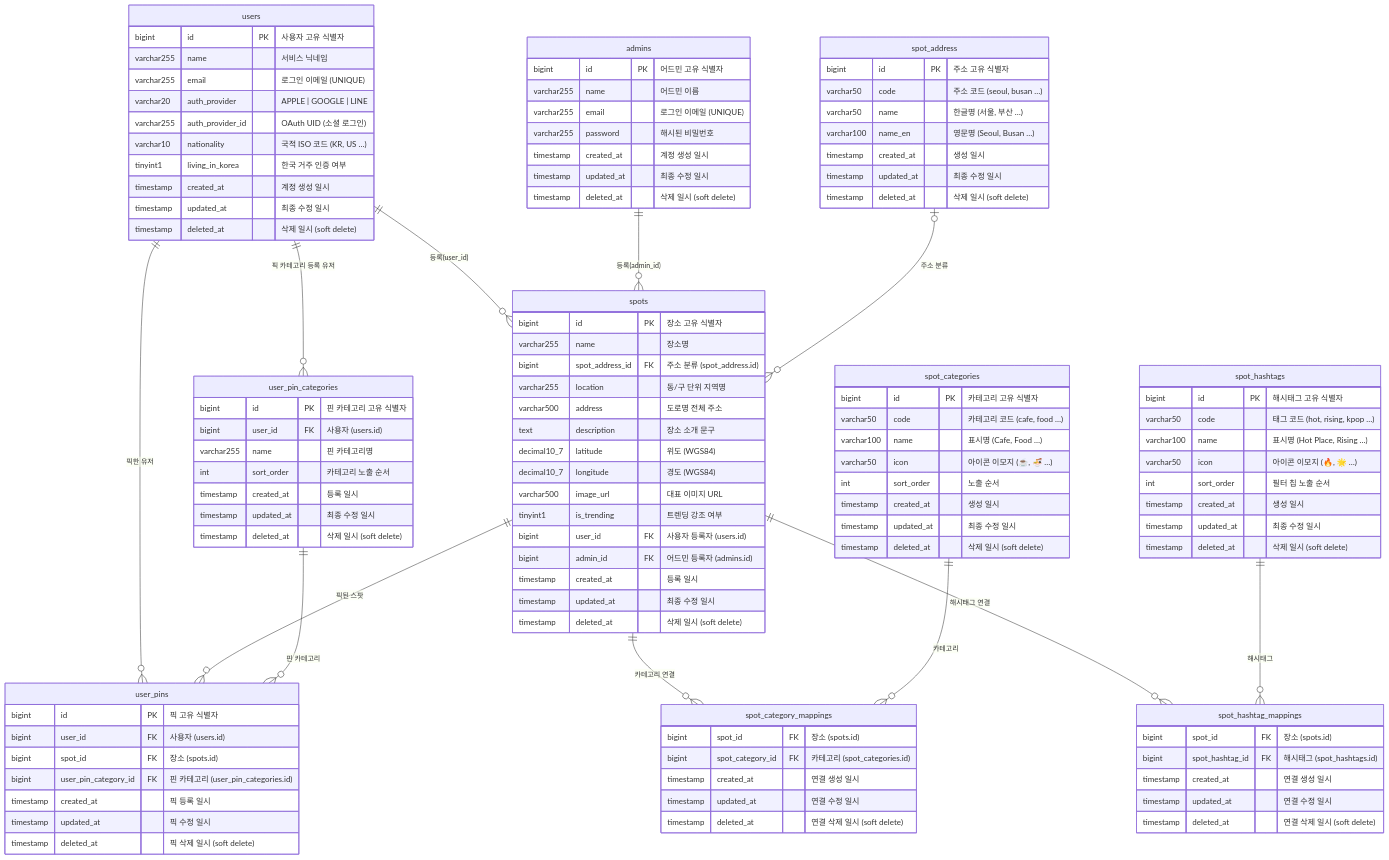
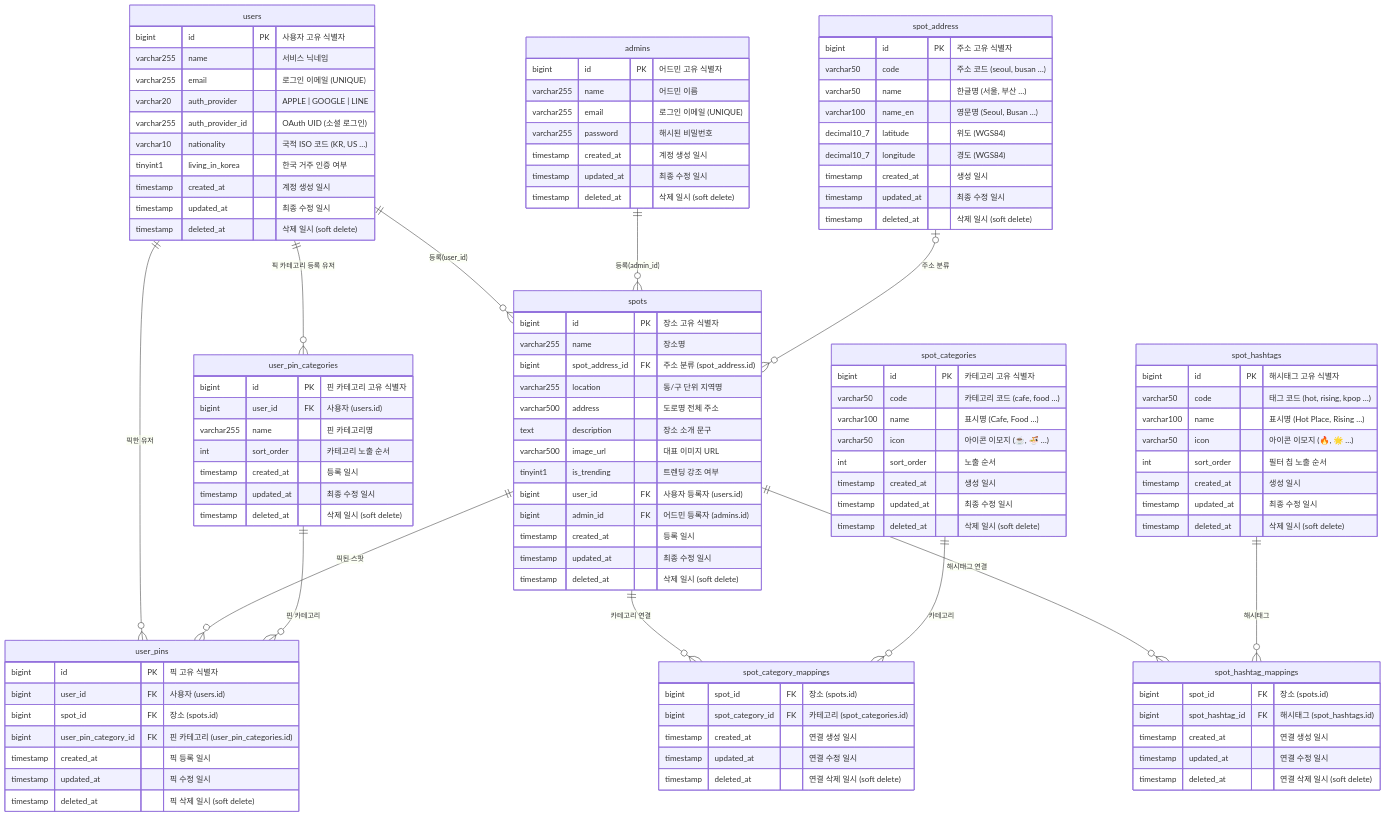
One commit to picko-labs/picko-api changed the diagram in src/main/resources/db/ddl/schema-erd.mmd. Above: the diagram before and after it, drawn with Mermaid.

Commit message:
schema-erd.mmd / spots , spot_address 엔티티 수정
위도, 경도 컬럼 테이블 이동
- spots -> spot_address 엔티티로 변경

spots 테이블 질문
- location(동/구 단위 지역명)컬럼 역할 확정 필요해보임
- 어떤 데이터를 담고 사용할 것인지 협의 필요

```diff
--- a/src/main/resources/db/ddl/schema-erd.mmd
+++ b/src/main/resources/db/ddl/schema-erd.mmd
@@ -1,137 +1,137 @@
 erDiagram
 
     users {
         bigint      id               PK  "사용자 고유 식별자"
         varchar255  name                 "서비스 닉네임"
         varchar255  email                "로그인 이메일 (UNIQUE)"
         varchar20   auth_provider        "APPLE | GOOGLE | LINE"
         varchar255  auth_provider_id     "OAuth UID (소셜 로그인)"
         varchar10   nationality          "국적 ISO 코드 (KR, US …)"
         tinyint1    living_in_korea      "한국 거주 인증 여부"
         timestamp   created_at           "계정 생성 일시"
         timestamp   updated_at           "최종 수정 일시"
         timestamp   deleted_at           "삭제 일시 (soft delete)"
     }
 
     admins {
         bigint      id          PK  "어드민 고유 식별자"
         varchar255  name            "어드민 이름"
         varchar255  email           "로그인 이메일 (UNIQUE)"
         varchar255  password        "해시된 비밀번호"
         timestamp   created_at      "계정 생성 일시"
         timestamp   updated_at      "최종 수정 일시"
         timestamp   deleted_at      "삭제 일시 (soft delete)"
     }
 
     spot_address {
         bigint      id          PK  "주소 고유 식별자"
         varchar50   code            "주소 코드 (seoul, busan …)"
         varchar50   name            "한글명 (서울, 부산 …)"
         varchar100  name_en         "영문명 (Seoul, Busan …)"
+        decimal10_7 latitude        "위도 (WGS84)"
+        decimal10_7 longitude       "경도 (WGS84)"
         timestamp   created_at      "생성 일시"
         timestamp   updated_at      "최종 수정 일시"
         timestamp   deleted_at      "삭제 일시 (soft delete)"
     }
 
     spot_categories {
         bigint      id          PK  "카테고리 고유 식별자"
         varchar50   code            "카테고리 코드 (cafe, food …)"
         varchar100  name            "표시명 (Cafe, Food …)"
         varchar50   icon            "아이콘 이모지 (☕, 🍜 …)"
         int         sort_order      "노출 순서"
         timestamp   created_at      "생성 일시"
         timestamp   updated_at      "최종 수정 일시"
         timestamp   deleted_at      "삭제 일시 (soft delete)"
     }
 
     spots {
         bigint      id              PK  "장소 고유 식별자"
         varchar255  name                "장소명"
         bigint      spot_address_id FK  "주소 분류 (spot_address.id)"
         varchar255  location            "동/구 단위 지역명"
         varchar500  address             "도로명 전체 주소"
         text        description         "장소 소개 문구"
-        decimal10_7 latitude            "위도 (WGS84)"
-        decimal10_7 longitude           "경도 (WGS84)"
         varchar500  image_url           "대표 이미지 URL"
         tinyint1    is_trending         "트렌딩 강조 여부"
         bigint      user_id         FK  "사용자 등록자 (users.id)"
         bigint      admin_id        FK  "어드민 등록자 (admins.id)"
         timestamp   created_at          "등록 일시"
         timestamp   updated_at          "최종 수정 일시"
         timestamp   deleted_at          "삭제 일시 (soft delete)"
     }
 
     spot_category_mappings {
         bigint      spot_id          FK  "장소 (spots.id)"
         bigint      spot_category_id FK  "카테고리 (spot_categories.id)"
         timestamp   created_at           "연결 생성 일시"
         timestamp   updated_at           "연결 수정 일시"
         timestamp   deleted_at           "연결 삭제 일시 (soft delete)"
     }
 
     user_pin_categories {
         bigint      id         PK  "핀 카테고리 고유 식별자"
         bigint      user_id    FK  "사용자 (users.id)"
         varchar255  name           "핀 카테고리명"
         int         sort_order     "카테고리 노출 순서"
         timestamp   created_at     "등록 일시"
         timestamp   updated_at     "최종 수정 일시"
         timestamp   deleted_at     "삭제 일시 (soft delete)"
     }
 
     user_pins {
         bigint      id                   PK  "픽 고유 식별자"
         bigint      user_id              FK  "사용자 (users.id)"
         bigint      spot_id              FK  "장소 (spots.id)"
         bigint      user_pin_category_id FK  "핀 카테고리 (user_pin_categories.id)"
         timestamp   created_at               "픽 등록 일시"
         timestamp   updated_at               "픽 수정 일시"
         timestamp   deleted_at               "픽 삭제 일시 (soft delete)"
     }
 
     spot_hashtags {
         bigint      id          PK  "해시태그 고유 식별자"
         varchar50   code            "태그 코드 (hot, rising, kpop …)"
         varchar100  name            "표시명 (Hot Place, Rising …)"
         varchar50   icon            "아이콘 이모지 (🔥, 🌟 …)"
         int         sort_order      "필터 칩 노출 순서"
         timestamp   created_at      "생성 일시"
         timestamp   updated_at      "최종 수정 일시"
         timestamp   deleted_at      "삭제 일시 (soft delete)"
     }
 
     spot_hashtag_mappings {
         bigint      spot_id         FK  "장소 (spots.id)"
         bigint      spot_hashtag_id FK  "해시태그 (spot_hashtags.id)"
         timestamp   created_at          "연결 생성 일시"
         timestamp   updated_at          "연결 수정 일시"
         timestamp   deleted_at          "연결 삭제 일시 (soft delete)"
     }
 
     %% ── 관계 정의 ──────────────────────────────────────────
 
     %% users → spots : 유저가 스팟을 직접 등록
     users                ||--o{ spots                    : "등록(user_id)"
 
     %% admins → spots : 어드민이 스팟을 등록
     admins               ||--o{ spots                    : "등록(admin_id)"
 
     %% users ↔ spots : 유저가 스팟을 픽(북마크)
     users                ||--o{ user_pins                : "픽한 유저"
     spots                ||--o{ user_pins                : "픽된 스팟"
 
     %% users → user_pin_categories : 유저의 픽 카테고리
     users                ||--o{ user_pin_categories        : "픽 카테고리 등록 유저"
     user_pin_categories  ||--o{ user_pins                  : "핀 카테고리"
 
     %% spots ↔ spot_categories : 스팟 카테고리 (N개)
     spots                ||--o{ spot_category_mappings   : "카테고리 연결"
     spot_categories      ||--o{ spot_category_mappings   : "카테고리"
 
     %% spots → spot_address : 주소 분류
     spot_address         |o--o{ spots                    : "주소 분류"
 
     %% spots ↔ spot_hashtags : 해시태그 필터
     spots                ||--o{ spot_hashtag_mappings    : "해시태그 연결"
     spot_hashtags        ||--o{ spot_hashtag_mappings    : "해시태그"
```
